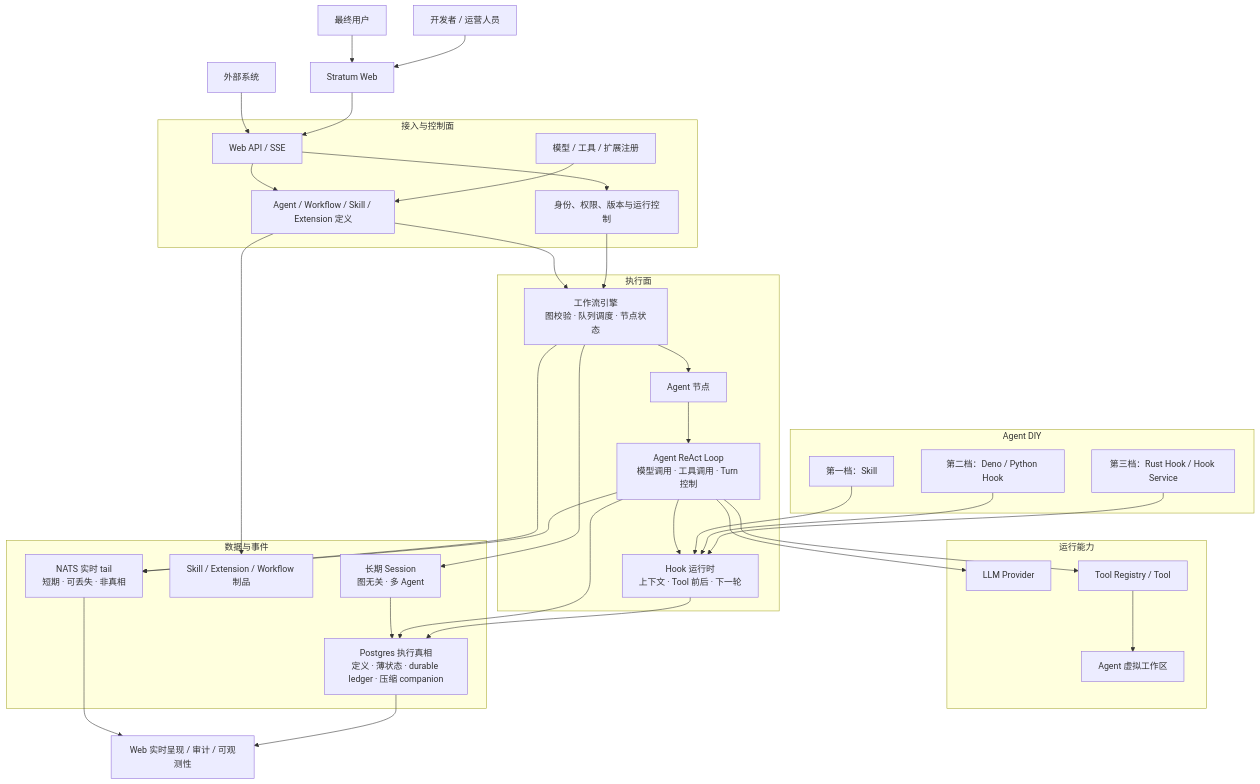
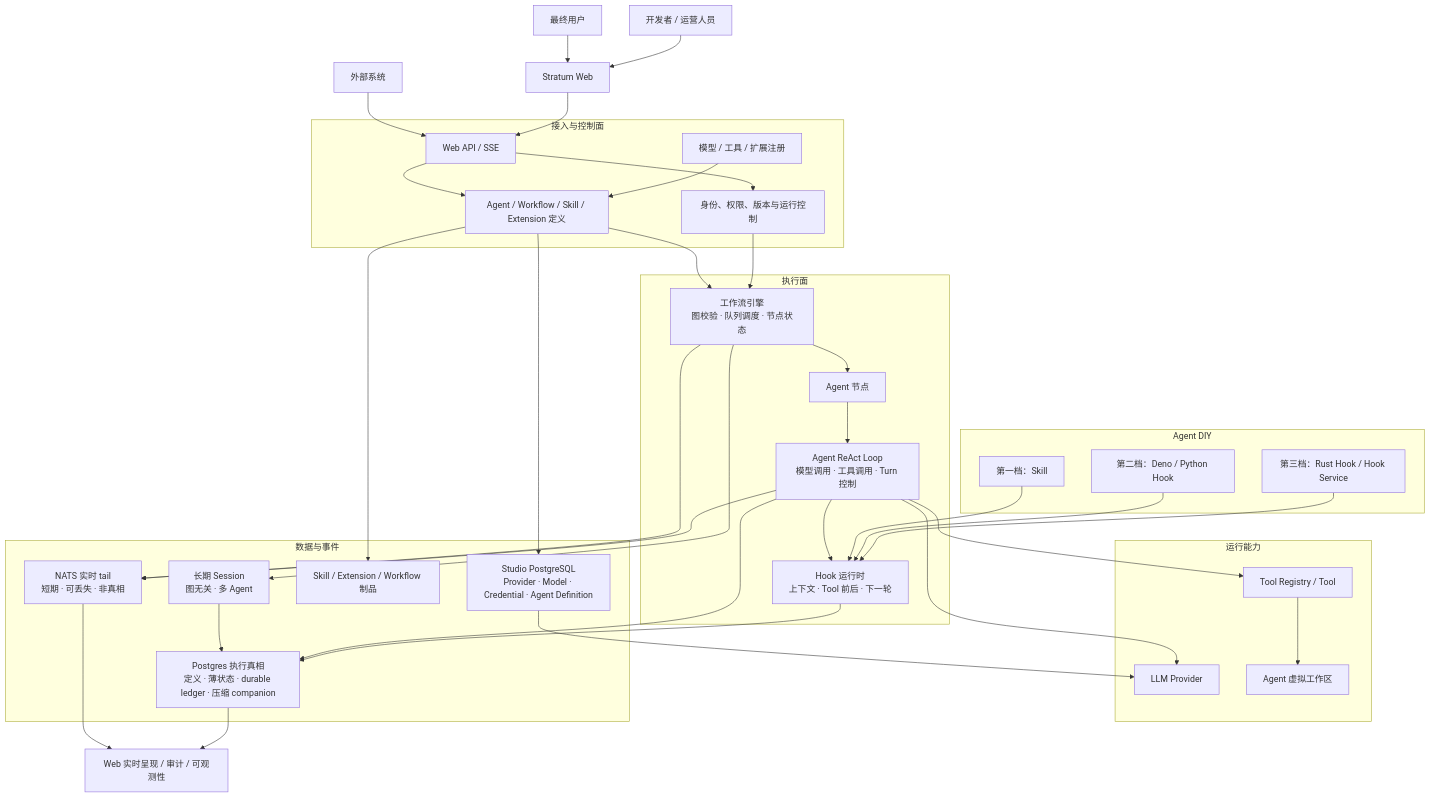
The diagram in ARCH.md (time-gift24/stratum), drawn with Mermaid before and after one commit. The commit also changed other lines of this file and 148 other files, not shown here.

````diff
--- a/ARCH.md
+++ b/ARCH.md
@@ -7,63 +7,66 @@
 ```mermaid
 flowchart TB
     User["最终用户"] --> Web["Stratum Web"]
     Developer["开发者 / 运营人员"] --> Web
     External["外部系统"] --> API["Web API / SSE"]
     Web --> API
 
     subgraph Control["接入与控制面"]
         API --> Definition["Agent / Workflow / Skill / Extension 定义"]
         API --> Governance["身份、权限、版本与运行控制"]
         Registry["模型 / 工具 / 扩展注册"] --> Definition
     end
 
     subgraph Runtime["执行面"]
         Workflow["工作流引擎<br/>图校验 · 队列调度 · 节点状态"]
         AgentNode["Agent 节点"]
         Agent["Agent ReAct Loop<br/>模型调用 · 工具调用 · Turn 控制"]
         Hook["Hook 运行时<br/>上下文 · Tool 前后 · 下一轮"]
 
         Workflow --> AgentNode --> Agent --> Hook
     end
 
     Definition --> Workflow
     Governance --> Workflow
 
     subgraph DIY["Agent DIY"]
         Skill["第一档：Skill"]
         Script["第二档：Deno / Python Hook"]
         Rust["第三档：Rust Hook / Hook Service"]
     end
 
     Skill --> Hook
     Script --> Hook
     Rust --> Hook
 
     subgraph Capability["运行能力"]
         LLM["LLM Provider"]
         Tool["Tool Registry / Tool"]
         Workspace["Agent 虚拟工作区"]
     end
 
     Agent --> LLM
     Agent --> Tool
     Tool --> Workspace
 
     subgraph Data["数据与事件"]
         Session["长期 Session<br/>图无关 · 多 Agent"]
+        Studio["Studio PostgreSQL<br/>Provider · Model · Credential · Agent Definition"]
         State["Postgres 执行真相<br/>定义 · 薄状态 · durable ledger · 压缩 companion"]
         Artifact["Skill / Extension / Workflow 制品"]
         Tail["NATS 实时 tail<br/>短期 · 可丢失 · 非真相"]
     end
 
     Session --> State
+    Definition --> Studio
+    Studio --> LLM
     Workflow --> Session
     Agent --> State
     Hook --> State
     Definition --> Artifact
     Workflow --> Tail
     Agent --> Tail
 
     Tail --> Observe["Web 实时呈现 / 审计 / 可观测性"]
     State --> Observe
 ```
````
